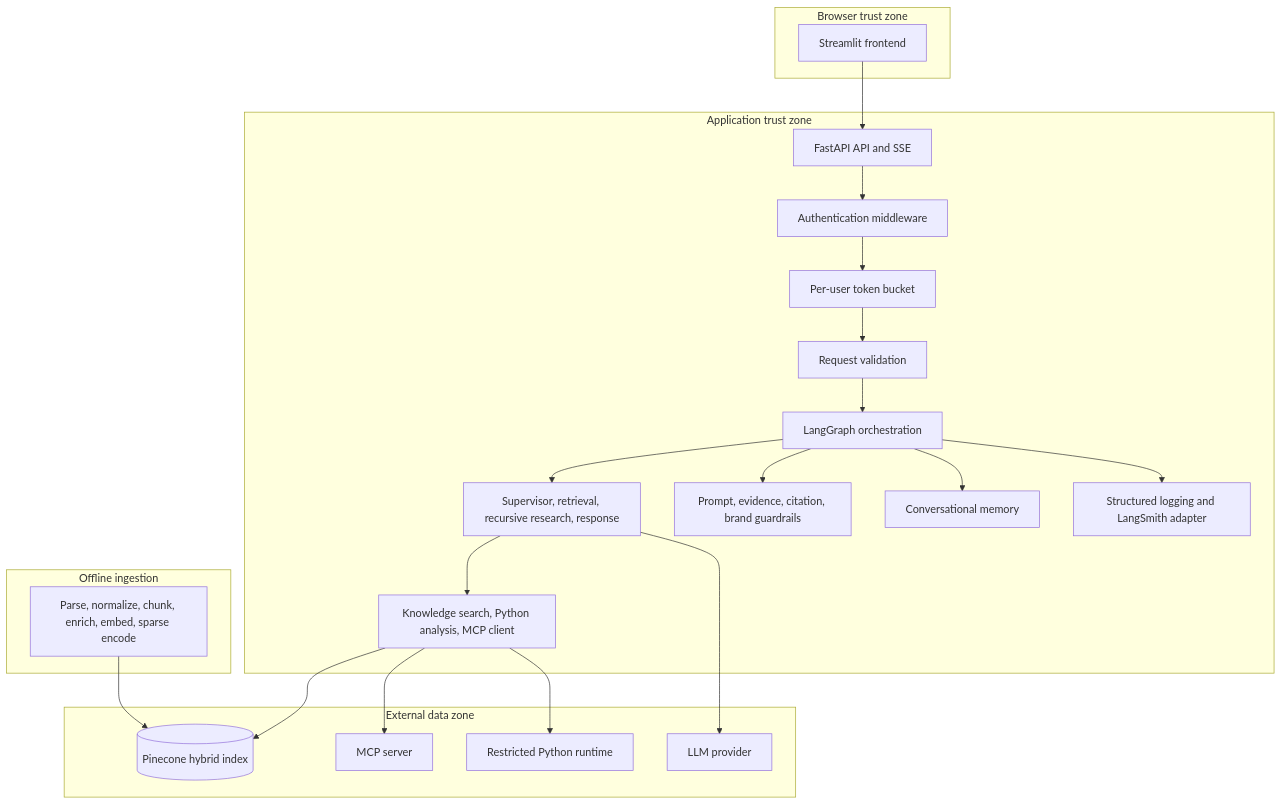
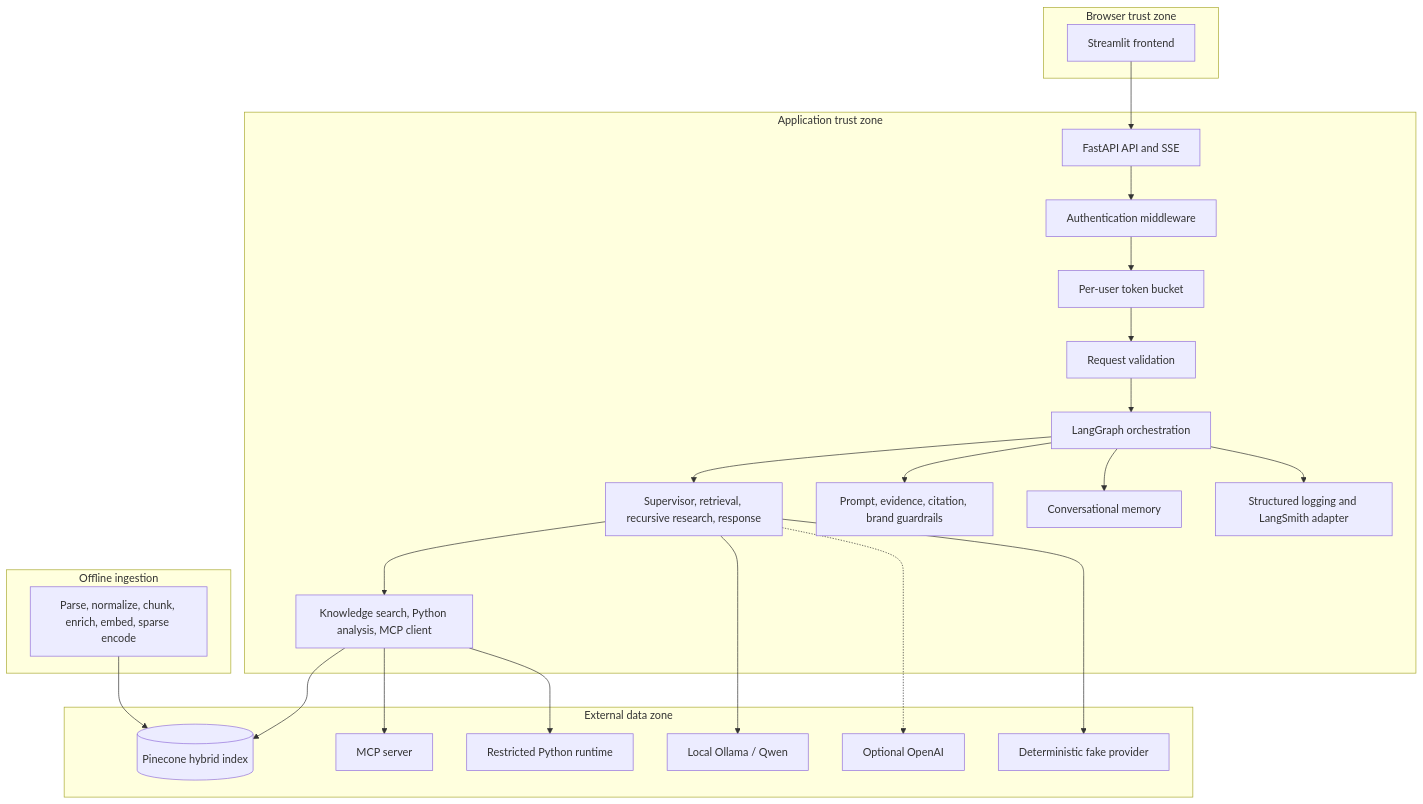
One commit to dakshina-d/enterprise-ai-knowledge-assistant changed the second of 5 diagrams in docs/architecture.md. Above: the diagram before and after it, drawn with Mermaid. The commit also changed other lines of this file and 40 other files, not shown here.

Commit message:
feat: add local Qwen3 Instruct inference and enforce retrieval relevance

````diff
--- a/docs/architecture.md
+++ b/docs/architecture.md
@@ -46,37 +50,41 @@
 ```mermaid
 flowchart TB
     subgraph Browser[Browser trust zone]
         UI[Streamlit frontend]
     end
     subgraph Application[Application trust zone]
         API[FastAPI API and SSE]
         Auth[Authentication middleware]
         Rate[Per-user token bucket]
         Validate[Request validation]
         Graph[LangGraph orchestration]
         Agents[Supervisor, retrieval, recursive research, response]
         Tools[Knowledge search, Python analysis, MCP client]
         Guard[Prompt, evidence, citation, brand guardrails]
         Memory[Conversational memory]
         Obs[Structured logging and LangSmith adapter]
     end
     subgraph Data[External data zone]
         Pinecone[(Pinecone hybrid index)]
         MCP[MCP server]
         Python[Restricted Python runtime]
-        Provider[LLM provider]
+        Ollama[Local Ollama / Qwen]
+        Provider[Optional OpenAI]
+        Fake[Deterministic fake provider]
     end
     subgraph Offline[Offline ingestion]
         Ingest[Parse, normalize, chunk, enrich, embed, sparse encode]
     end
     UI --> API --> Auth --> Rate --> Validate --> Graph
     Graph --> Agents --> Tools
     Graph --> Guard
     Graph --> Memory
     Graph --> Obs
-    Agents --> Provider
+    Agents --> Ollama
+    Agents -.-> Provider
+    Agents --> Fake
     Tools --> Pinecone
     Tools --> MCP
     Tools --> Python
     Ingest --> Pinecone
 ```
````
